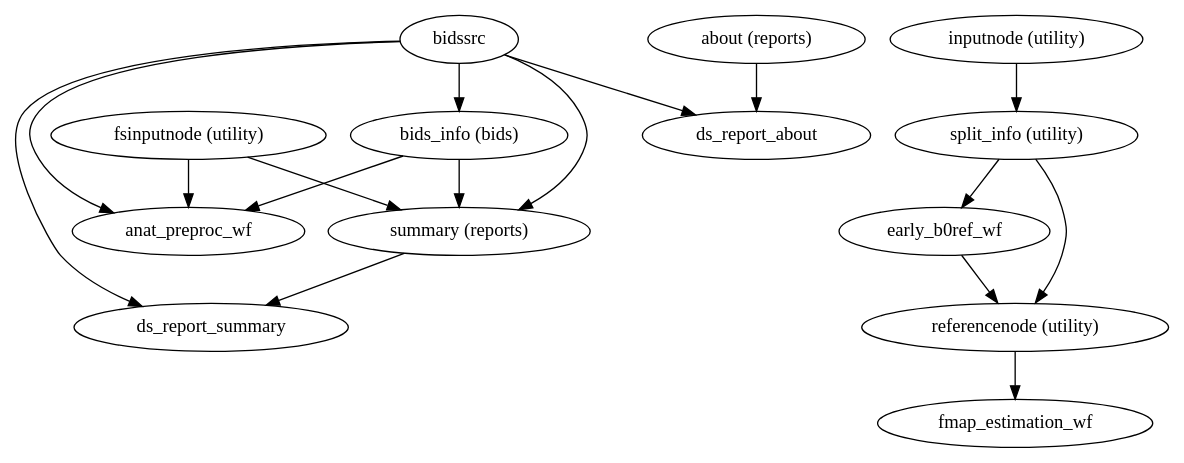
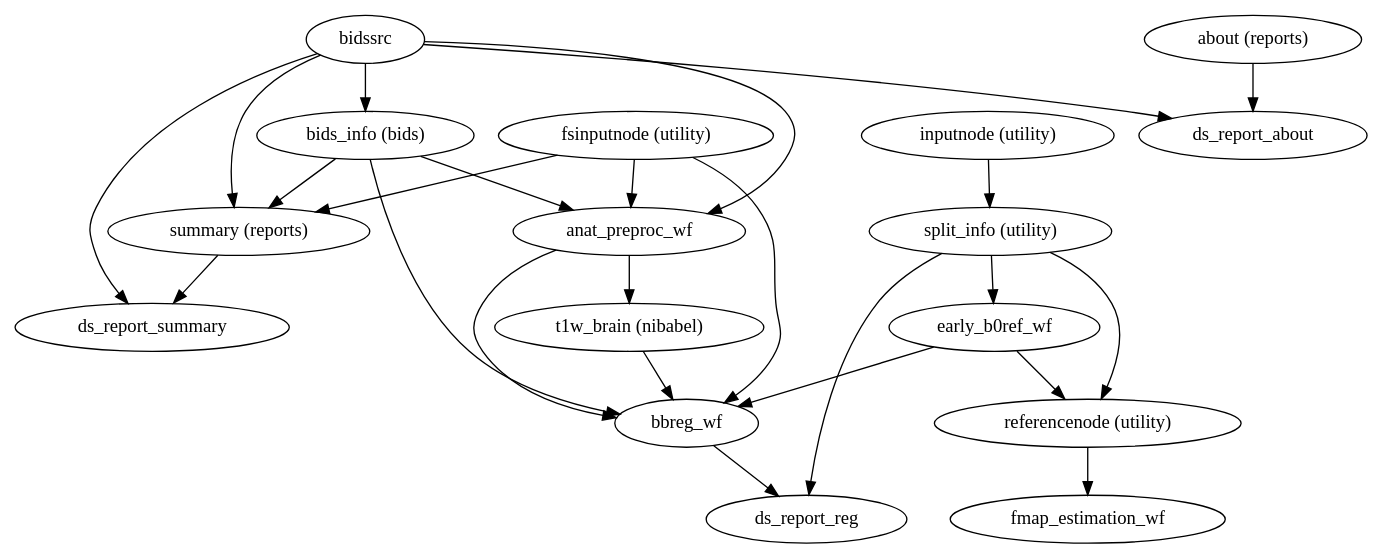
The diagram in wf_directive/api/single_subject_THP0005_wf/dmriprep-workflows-base-2.dot (nipreps/dmriprep), drawn with Graphviz before and after one commit. The commit also changed 285 other files, not shown here.

```diff
--- a/wf_directive/api/single_subject_THP0005_wf/dmriprep-workflows-base-2.dot
+++ b/wf_directive/api/single_subject_THP0005_wf/dmriprep-workflows-base-2.dot
@@ -1,31 +1,42 @@
 strict digraph  {
 "fsinputnode (utility)";
 anat_preproc_wf;
 "summary (reports)";
+bbreg_wf;
+"t1w_brain (nibabel)";
 bidssrc;
 "bids_info (bids)";
 ds_report_summary;
 ds_report_about;
 "about (reports)";
 "inputnode (utility)";
 "split_info (utility)";
 early_b0ref_wf;
 "referencenode (utility)";
+ds_report_reg;
 fmap_estimation_wf;
 "fsinputnode (utility)" -> anat_preproc_wf;
 "fsinputnode (utility)" -> "summary (reports)";
+"fsinputnode (utility)" -> bbreg_wf;
+anat_preproc_wf -> "t1w_brain (nibabel)";
+anat_preproc_wf -> bbreg_wf;
 "summary (reports)" -> ds_report_summary;
+bbreg_wf -> ds_report_reg;
+"t1w_brain (nibabel)" -> bbreg_wf;
 bidssrc -> "bids_info (bids)";
 bidssrc -> "summary (reports)";
 bidssrc -> anat_preproc_wf;
 bidssrc -> ds_report_summary;
 bidssrc -> ds_report_about;
 "bids_info (bids)" -> "summary (reports)";
 "bids_info (bids)" -> anat_preproc_wf;
+"bids_info (bids)" -> bbreg_wf;
 "about (reports)" -> ds_report_about;
 "inputnode (utility)" -> "split_info (utility)";
 "split_info (utility)" -> early_b0ref_wf;
 "split_info (utility)" -> "referencenode (utility)";
+"split_info (utility)" -> ds_report_reg;
 early_b0ref_wf -> "referencenode (utility)";
+early_b0ref_wf -> bbreg_wf;
 "referencenode (utility)" -> fmap_estimation_wf;
 }
```
